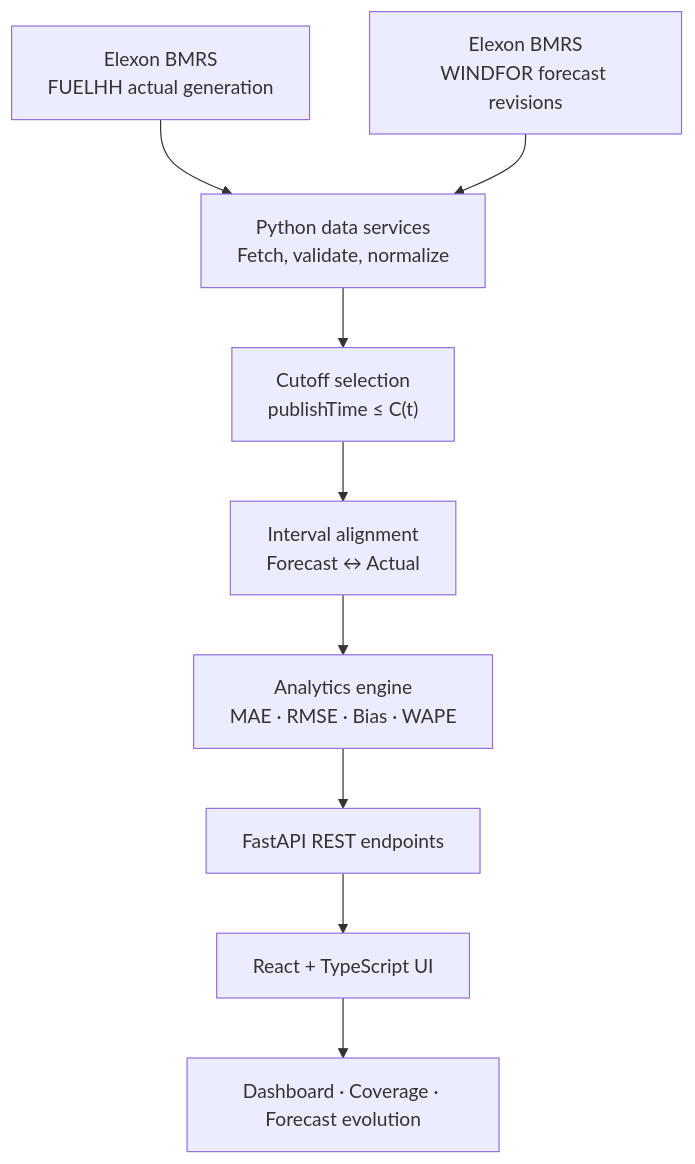
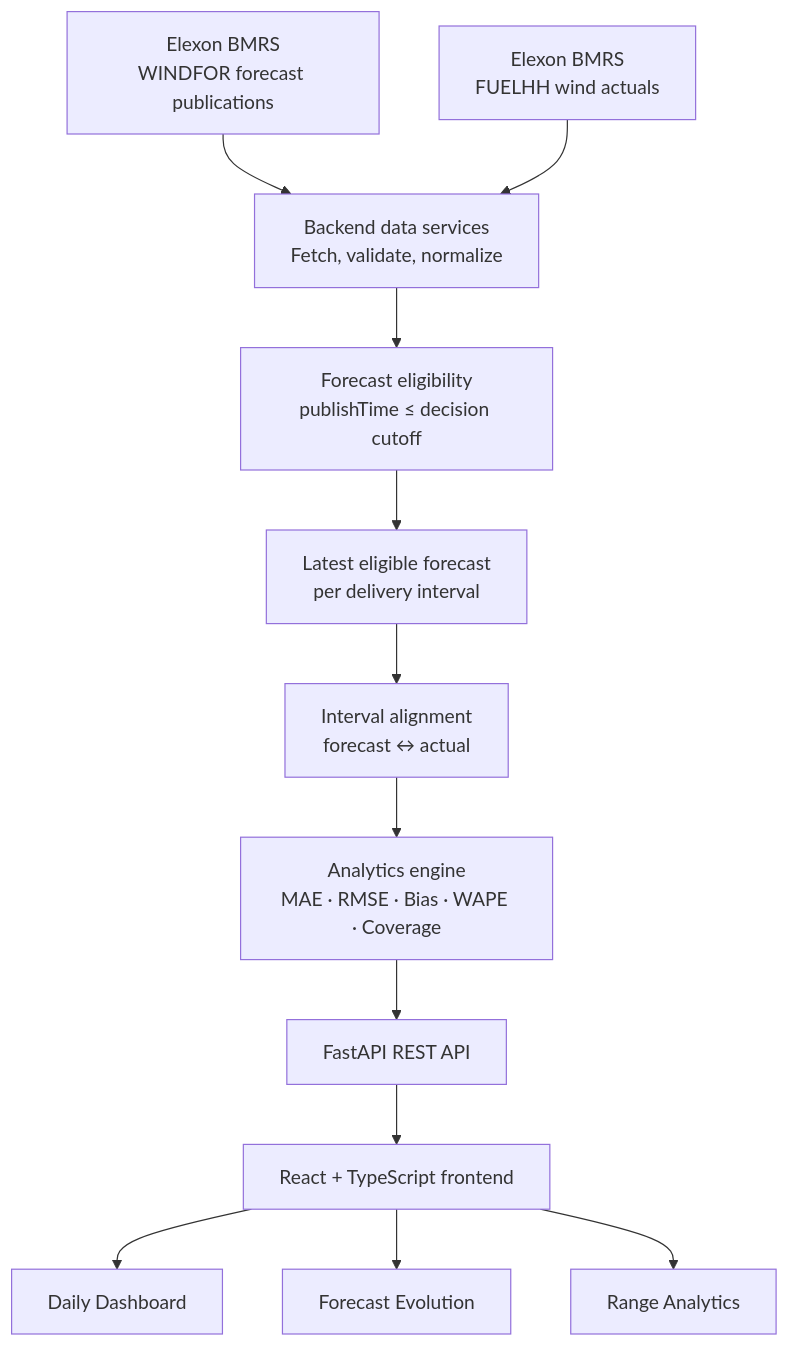
Before and after one commit to Adityaez/gridbricks: the first of 2 diagrams in README.md, drawn with Mermaid. The commit also changed other lines of this file and 4 other files, not shown here.

````diff
--- a/README.md
+++ b/README.md
@@ -73,11 +236,14 @@
-```mermaid
+``` mermaid
 flowchart TD
-    A["Elexon BMRS<br/>FUELHH actual generation"] --> C["Python data services<br/>Fetch, validate, normalize"]
-    B["Elexon BMRS<br/>WINDFOR forecast revisions"] --> C
-    C --> D["Cutoff selection<br/>publishTime ≤ C(t)"]
-    D --> E["Interval alignment<br/>Forecast ↔ Actual"]
-    E --> F["Analytics engine<br/>MAE · RMSE · Bias · WAPE"]
-    F --> G["FastAPI REST endpoints"]
-    G --> H["React + TypeScript UI"]
-    H --> I["Dashboard · Coverage · Forecast evolution"]
+    A["Elexon BMRS<br/>WINDFOR forecast publications"] --> C["Backend data services<br/>Fetch, validate, normalize"]
+    B["Elexon BMRS<br/>FUELHH wind actuals"] --> C
+    C --> D["Forecast eligibility<br/>publishTime ≤ decision cutoff"]
+    D --> E["Latest eligible forecast<br/>per delivery interval"]
+    E --> F["Interval alignment<br/>forecast ↔ actual"]
+    F --> G["Analytics engine<br/>MAE · RMSE · Bias · WAPE · Coverage"]
+    G --> H["FastAPI REST API"]
+    H --> I["React + TypeScript frontend"]
+    I --> J["Daily Dashboard"]
+    I --> K["Forecast Evolution"]
+    I --> L["Range Analytics"]
 ```
````
